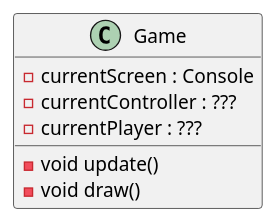
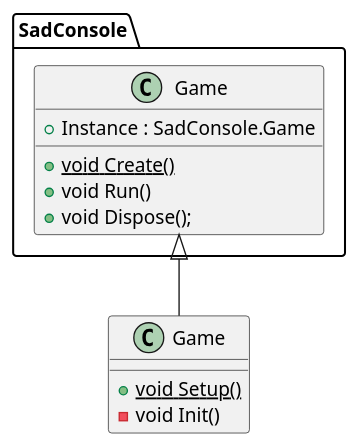
Before and after one commit to KasperK87/project: the diagram in UML.wsd, drawn with PlantUML. The commit also changed 9 other files, not shown here.

Commit message:
Cleaned up main loop by wrapping SadConsole.Game with Game,

```diff
--- a/UML.wsd
+++ b/UML.wsd
@@ -4,14 +4,22 @@
 @startuml test
 
-Class Game{
-    - currentScreen : Console
-    - currentController : ???
-    - currentPlayer : ???
+Class SadConsole.Game{
+    + Instance : SadConsole.Game
 
-    - void update()
-    - void draw()
+    + {static} void Create()
+    + void Run()
+    + void Dispose();
+
 }
 
+Class Game{
+    
+
+    + {static} void Setup()
+    - void Init()
+}
+
+SadConsole.Game <|-- Game
 
 
 @enduml
```
